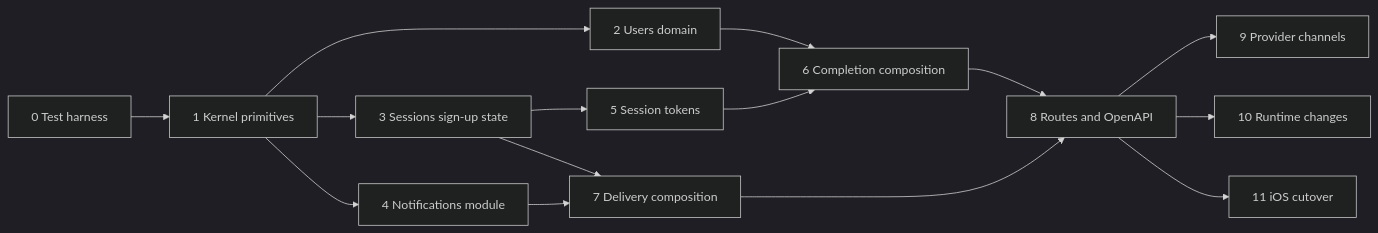
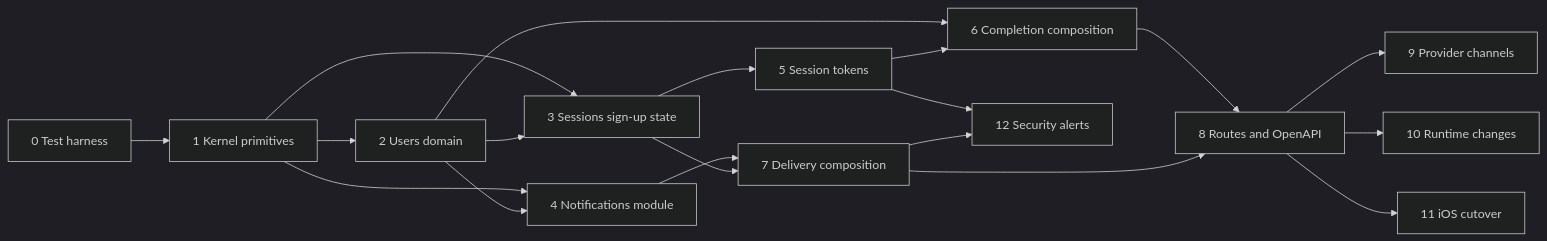
The diagram in docs/architecture/authentication/delivery-plan.md (GenjiruSUchiwa/moneypay), drawn with Mermaid (dark theme) before and after one commit. The commit also changed other lines of this file and 7 other files, not shown here.

````diff
--- a/docs/architecture/authentication/delivery-plan.md
+++ b/docs/architecture/authentication/delivery-plan.md
@@ -25,17 +25,21 @@
 ```mermaid
 flowchart LR
     C0[0 Test harness] --> C1[1 Kernel primitives]
     C1 --> C2[2 Users domain]
     C1 --> C3[3 Sessions sign-up state]
     C1 --> C4[4 Notifications module]
+    C2 --> C3
+    C2 --> C4
     C3 --> C5[5 Session tokens]
     C2 --> C6[6 Completion composition]
     C5 --> C6
     C4 --> C7[7 Delivery composition]
     C3 --> C7
     C6 --> C8[8 Routes and OpenAPI]
     C7 --> C8
     C8 --> C9[9 Provider channels]
+    C5 --> C12[12 Security alerts]
+    C7 --> C12
     C8 --> C10[10 Runtime changes]
     C8 --> C11[11 iOS cutover]
 ```
````
